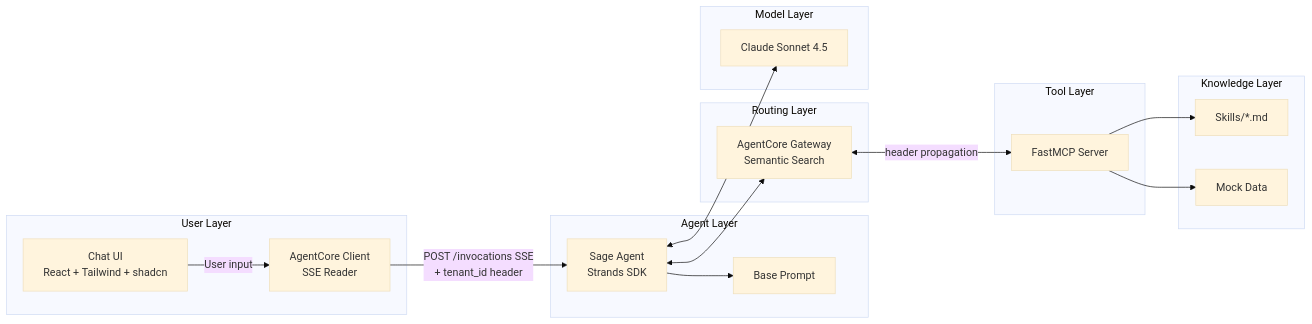
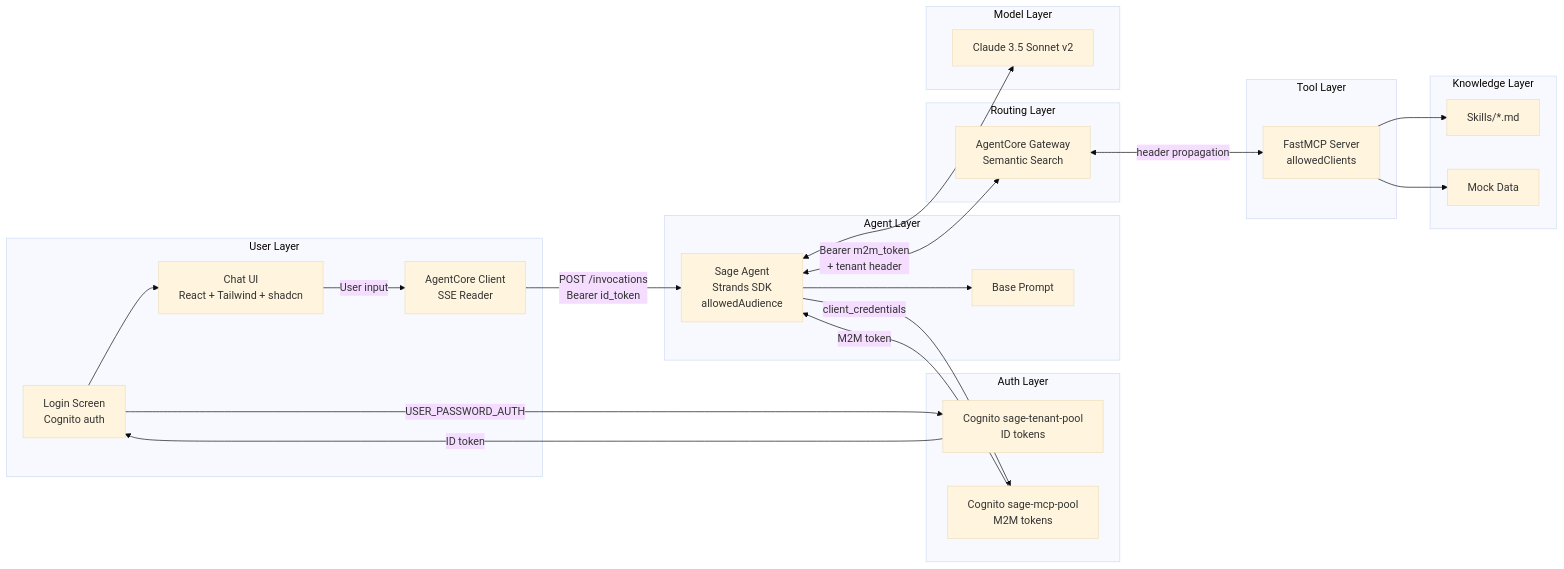
One commit to rajanbhave/sage-ai-assistant changed the third of 3 diagrams in .kiro/specs/sage-ai-assistant/design.md. Above: the diagram before and after it, drawn with Mermaid (base theme). The commit also changed other lines of this file and 22 other files, not shown here.

````diff
--- a/.kiro/specs/sage-ai-assistant/design.md
+++ b/.kiro/specs/sage-ai-assistant/design.md
@@ -501,38 +539,49 @@
 ```mermaid
 graph LR
     subgraph User Layer
+        LS[Login Screen<br/>Cognito auth]
         UI[Chat UI<br/>React + Tailwind + shadcn]
         AC[AgentCore Client<br/>SSE Reader]
     end
 
+    subgraph Auth Layer
+        CTP[Cognito sage-tenant-pool<br/>ID tokens]
+        M2M[Cognito sage-mcp-pool<br/>M2M tokens]
+    end
+
     subgraph Agent Layer
-        EA[Sage Agent<br/>Strands SDK]
+        EA[Sage Agent<br/>Strands SDK<br/>allowedAudience]
         BP[Base Prompt]
     end
 
     subgraph Routing Layer
         GW[AgentCore Gateway<br/>Semantic Search]
     end
 
     subgraph Tool Layer
-        MCP[FastMCP Server]
+        MCP[FastMCP Server<br/>allowedClients]
     end
 
     subgraph Knowledge Layer
         PB[Skills/*.md]
         MD[Mock Data]
     end
 
     subgraph Model Layer
-        FM[Claude Sonnet 4.5]
+        FM[Claude 3.5 Sonnet v2]
     end
 
+    LS -->|USER_PASSWORD_AUTH| CTP
+    CTP -->|ID token| LS
+    LS --> UI
     UI -->|User input| AC
-    AC -->|POST /invocations SSE<br/>+ tenant_id header| EA
+    AC -->|POST /invocations<br/>Bearer id_token| EA
     EA --> BP
     EA <--> FM
-    EA <--> GW
+    EA -->|client_credentials| M2M
+    M2M -->|M2M token| EA
+    EA <-->|Bearer m2m_token<br/>+ tenant header| GW
     GW <-->|header propagation| MCP
     MCP --> PB
     MCP --> MD
 ```
````
